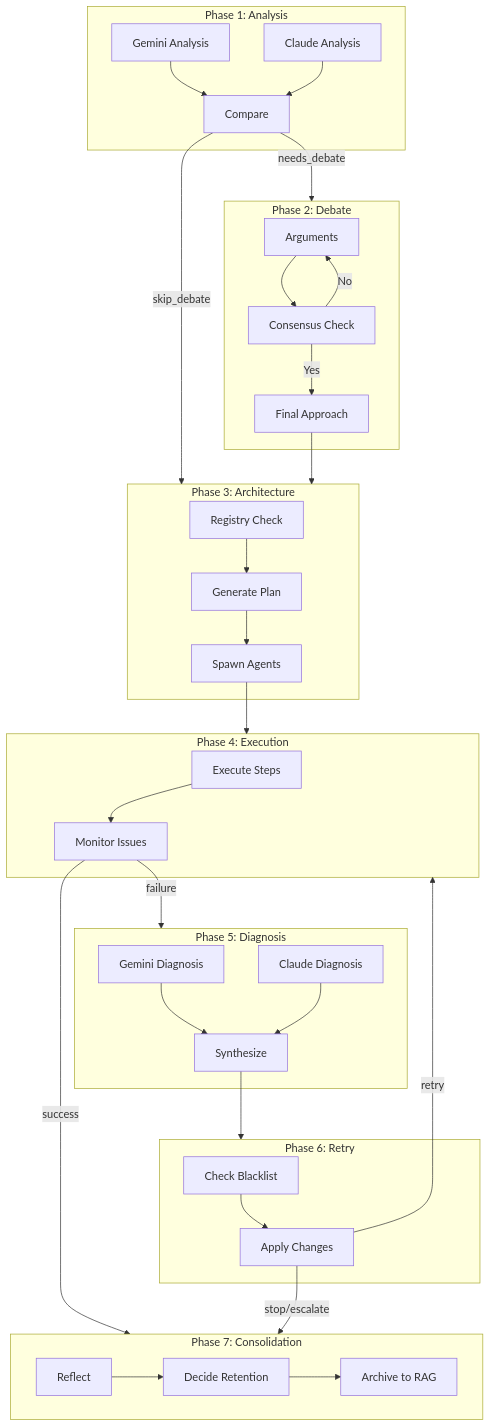
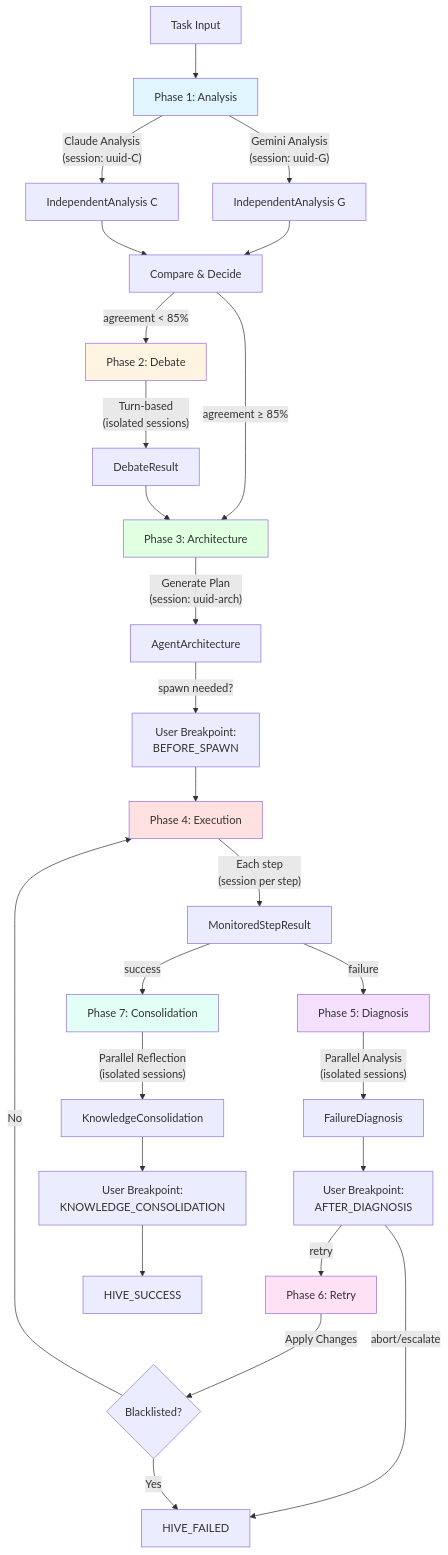
One commit to yannabadie/NEXUS changed the diagram in core/hive_mind/phases/README.md. Above: the diagram before and after it, drawn with Mermaid. The commit also changed other lines of this file and 11 other files, not shown here.

````diff
--- a/core/hive_mind/phases/README.md
+++ b/core/hive_mind/phases/README.md
@@ -228,62 +37,44 @@
 ```mermaid
-graph TB
-    subgraph Phase1[Phase 1: Analysis]
-        G1[Gemini Analysis]
-        C1[Claude Analysis]
-        COMP[Compare]
-        G1 --> COMP
-        C1 --> COMP
-    end
+graph TD
+    A[Task Input] --> P1[Phase 1: Analysis]
 
-    subgraph Phase2[Phase 2: Debate]
-        ARG[Arguments]
-        CONS[Consensus Check]
-        ARG --> CONS
-        CONS -->|No| ARG
-        CONS -->|Yes| OUT2[Final Approach]
-    end
+    P1 -->|"Gemini Analysis<br/>(session: uuid-G)"| P1A[IndependentAnalysis G]
+    P1 -->|"Claude Analysis<br/>(session: uuid-C)"| P1B[IndependentAnalysis C]
+    P1A --> P1C[Compare & Decide]
+    P1B --> P1C
 
-    subgraph Phase3[Phase 3: Architecture]
-        REG[Registry Check]
-        GEN[Generate Plan]
-        SPAWN[Spawn Agents]
-        REG --> GEN --> SPAWN
-    end
+    P1C -->|"agreement < 85%"| P2[Phase 2: Debate]
+    P1C -->|"agreement ≥ 85%"| P3[Phase 3: Architecture]
 
-    subgraph Phase4[Phase 4: Execution]
-        EXEC[Execute Steps]
-        MON[Monitor Issues]
-        EXEC --> MON
-    end
+    P2 -->|"Turn-based<br/>(isolated sessions)"| P2A[DebateResult]
+    P2A --> P3
 
-    subgraph Phase5[Phase 5: Diagnosis]
-        DG[Gemini Diagnosis]
-        DC[Claude Diagnosis]
-        SYN[Synthesize]
-        DG --> SYN
-        DC --> SYN
-    end
+    P3 -->|"Generate Plan<br/>(session: uuid-arch)"| P3A[AgentArchitecture]
+    P3A -->|"spawn needed?"| P3B[User Breakpoint:<br/>BEFORE_SPAWN]
+    P3B --> P4[Phase 4: Execution]
 
-    subgraph Phase6[Phase 6: Retry]
-        BL[Check Blacklist]
-        APPLY[Apply Changes]
-        BL --> APPLY
-    end
+    P4 -->|"Each step<br/>(session per step)"| P4A[MonitoredStepResult]
+    P4A -->|"success"| P7[Phase 7: Consolidation]
+    P4A -->|"failure"| P5[Phase 5: Diagnosis]
 
-    subgraph Phase7[Phase 7: Consolidation]
-        REFL[Reflect]
-        DECIDE[Decide Retention]
-        ARCH[Archive to RAG]
-        REFL --> DECIDE --> ARCH
-    end
+    P5 -->|"Parallel Analysis<br/>(isolated sessions)"| P5A[FailureDiagnosis]
+    P5A --> P5B[User Breakpoint:<br/>AFTER_DIAGNOSIS]
+    P5B -->|"retry"| P6[Phase 6: Retry]
+    P5B -->|"abort/escalate"| END[HIVE_FAILED]
 
-    COMP -->|needs_debate| Phase2
-    COMP -->|skip_debate| Phase3
-    OUT2 --> Phase3
-    SPAWN --> Phase4
-    MON -->|failure| Phase5
-    MON -->|success| Phase7
-    SYN --> Phase6
-    APPLY -->|retry| Phase4
-    APPLY -->|stop/escalate| Phase7
+    P6 -->|"Apply Changes"| P6A{Blacklisted?}
+    P6A -->|"No"| P4
+    P6A -->|"Yes"| END
+
+    P7 -->|"Parallel Reflection<br/>(isolated sessions)"| P7A[KnowledgeConsolidation]
+    P7A --> P7B[User Breakpoint:<br/>KNOWLEDGE_CONSOLIDATION]
+    P7B --> SUCCESS[HIVE_SUCCESS]
+
+    style P1 fill:#e1f5ff
+    style P2 fill:#fff4e1
+    style P3 fill:#e1ffe1
+    style P4 fill:#ffe1e1
+    style P5 fill:#f5e1ff
+    style P6 fill:#ffe1f5
+    style P7 fill:#e1fff5
 ```
````
